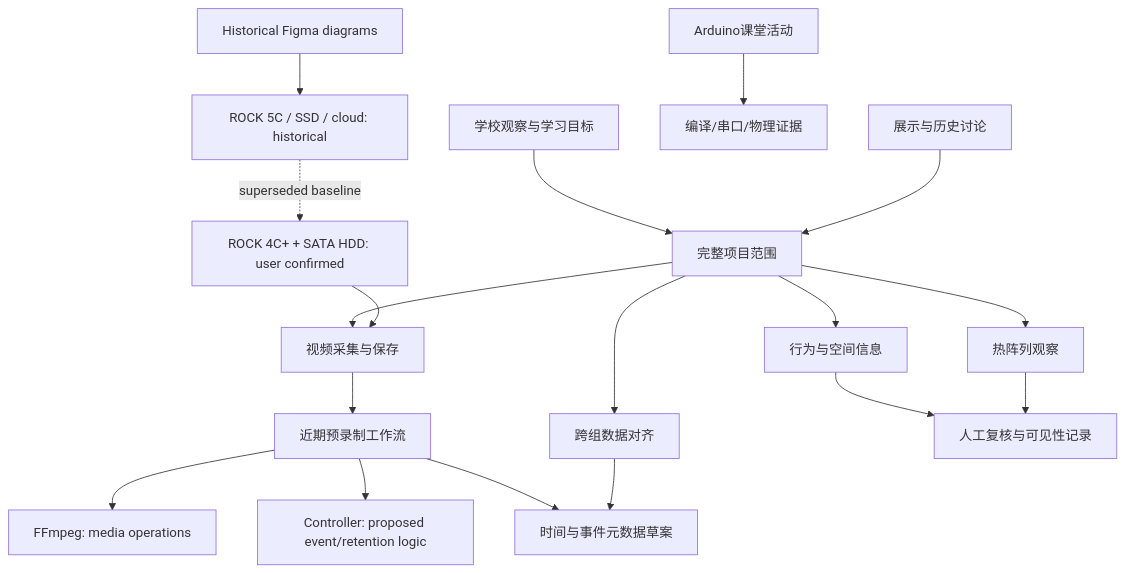
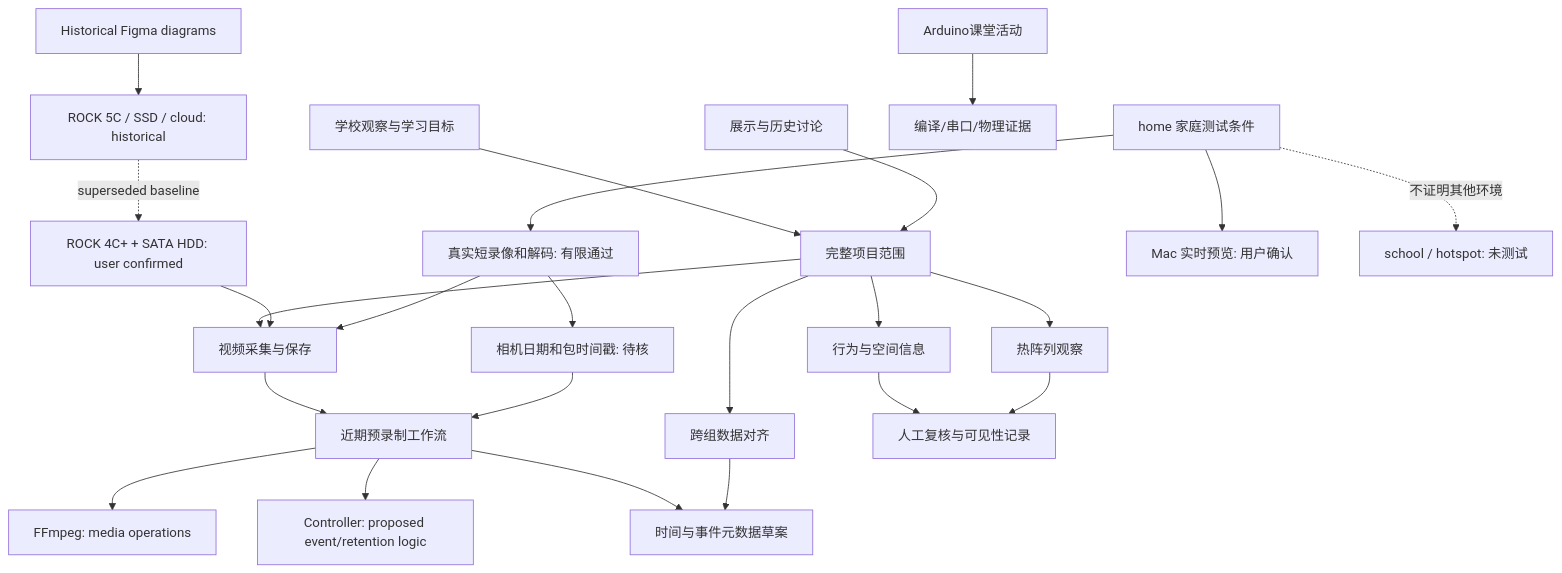
One commit to OrsonJyu/Lab-Studies-in-Systems-Design changed the diagram in knowledge/NETWORK.md. Above: the diagram before and after it, drawn with Mermaid. The commit also changed other lines of this file and 55 other files, not shown here.

````diff
--- a/knowledge/NETWORK.md
+++ b/knowledge/NETWORK.md
@@ -5,20 +5,26 @@
 ```mermaid
 flowchart TD
     G[学校观察与学习目标] --> S[完整项目范围]
     S --> V[视频采集与保存]
     S --> T[热阵列观察]
     S --> B[行为与空间信息]
     S --> X[跨组数据对齐]
     H[ROCK 4C+ + SATA HDD: user confirmed] --> V
     Z[Historical Figma diagrams] --> O
     O[ROCK 5C / SSD / cloud: historical] -. superseded baseline .-> H
     V --> P[近期预录制工作流]
+    HOME[home 家庭测试条件] --> REC[真实短录像和解码: 有限通过]
+    REC --> V
+    HOME --> LIVE[Mac 实时预览: 用户确认]
+    REC --> CLOCK[相机日期和包时间戳: 待核]
+    CLOCK --> P
+    HOME -. 不证明其他环境 .-> MOBILE[school / hotspot: 未测试]
     P --> F[FFmpeg: media operations]
     P --> C[Controller: proposed event/retention logic]
     P --> M[时间与事件元数据草案]
     X --> M
     B --> R[人工复核与可见性记录]
     T --> R
     A[Arduino课堂活动] --> E[编译/串口/物理证据]
     D[展示与历史讨论] --> S
 ```
````
